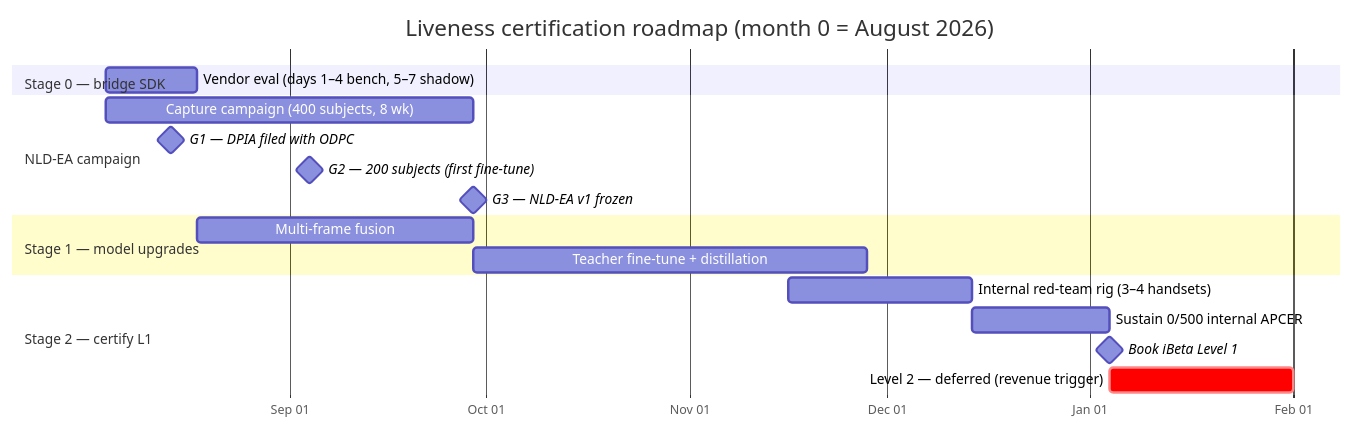
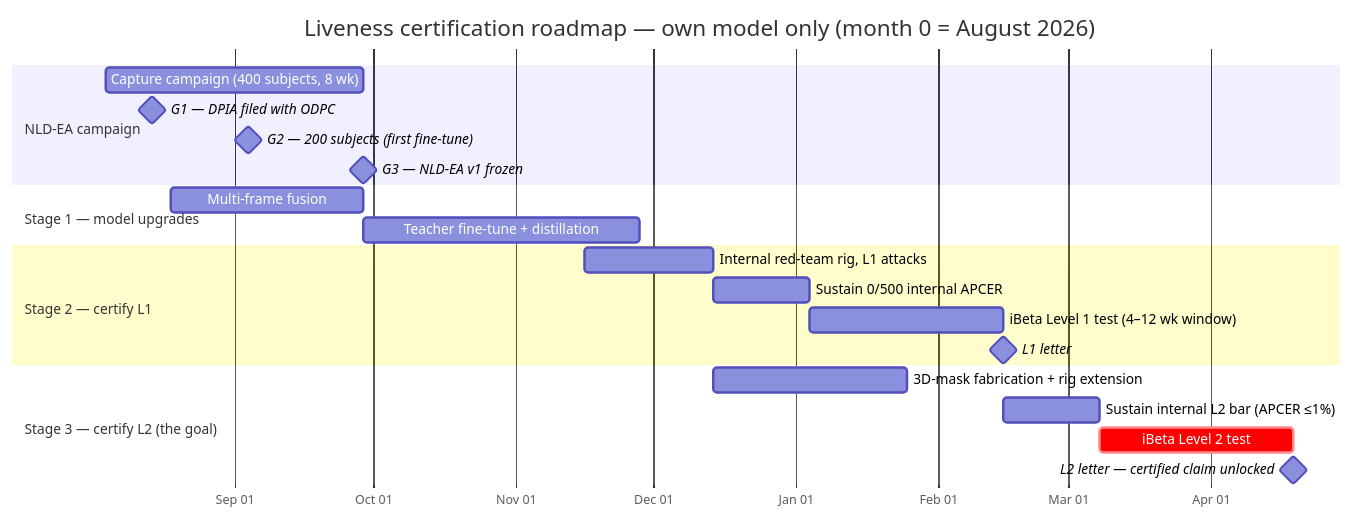
The first of 2 diagrams in docs/ekyc/06-level2-upgrade-plan.md (aktech-io/AthenaIntelligentLMS), drawn with Mermaid before and after one commit. The commit also changed other lines of this file and 3 other files, not shown here.

First line of the commit message:
docs(ekyc): plan-of-record change — no liveness vendors, own model direct to iBeta L1→L2

````diff
--- a/docs/ekyc/06-level2-upgrade-plan.md
+++ b/docs/ekyc/06-level2-upgrade-plan.md
@@ -40,21 +50,24 @@
 ```mermaid
 gantt
-    title Liveness certification roadmap (month 0 = August 2026)
+    title Liveness certification roadmap — own model only (month 0 = August 2026)
     dateFormat YYYY-MM-DD
     axisFormat %b %d
-    section Stage 0 — bridge SDK
-    Vendor eval (days 1–4 bench, 5–7 shadow)  :s0, 2026-08-04, 14d
     section NLD-EA campaign
     Capture campaign (400 subjects, 8 wk)     :nld, 2026-08-04, 56d
     G1 — DPIA filed with ODPC                 :milestone, g1, 2026-08-14, 0d
     G2 — 200 subjects (first fine-tune)       :milestone, g2, 2026-09-04, 0d
     G3 — NLD-EA v1 frozen                     :milestone, g3, 2026-09-29, 0d
     section Stage 1 — model upgrades
     Multi-frame fusion                        :s1a, 2026-08-18, 42d
     Teacher fine-tune + distillation          :s1b, after s1a, 60d
     section Stage 2 — certify L1
-    Internal red-team rig (3–4 handsets)      :s2a, 2026-11-16, 28d
+    Internal red-team rig, L1 attacks         :s2a, 2026-11-16, 28d
     Sustain 0/500 internal APCER              :s2b, after s2a, 21d
-    Book iBeta Level 1                        :milestone, m1, 2027-01-04, 0d
-    Level 2 — deferred (revenue trigger)      :crit, l2, 2027-01-04, 28d
+    iBeta Level 1 test (4–12 wk window)       :s2c, 2027-01-04, 42d
+    L1 letter                                 :milestone, m1, 2027-02-15, 0d
+    section Stage 3 — certify L2 (the goal)
+    3D-mask fabrication + rig extension       :s3a, 2026-12-14, 42d
+    Sustain internal L2 bar (APCER ≤1%)       :s3b, after s2c, 21d
+    iBeta Level 2 test                        :crit, s3c, 2027-03-08, 42d
+    L2 letter — certified claim unlocked      :milestone, m2, 2027-04-19, 0d
 ```
````
